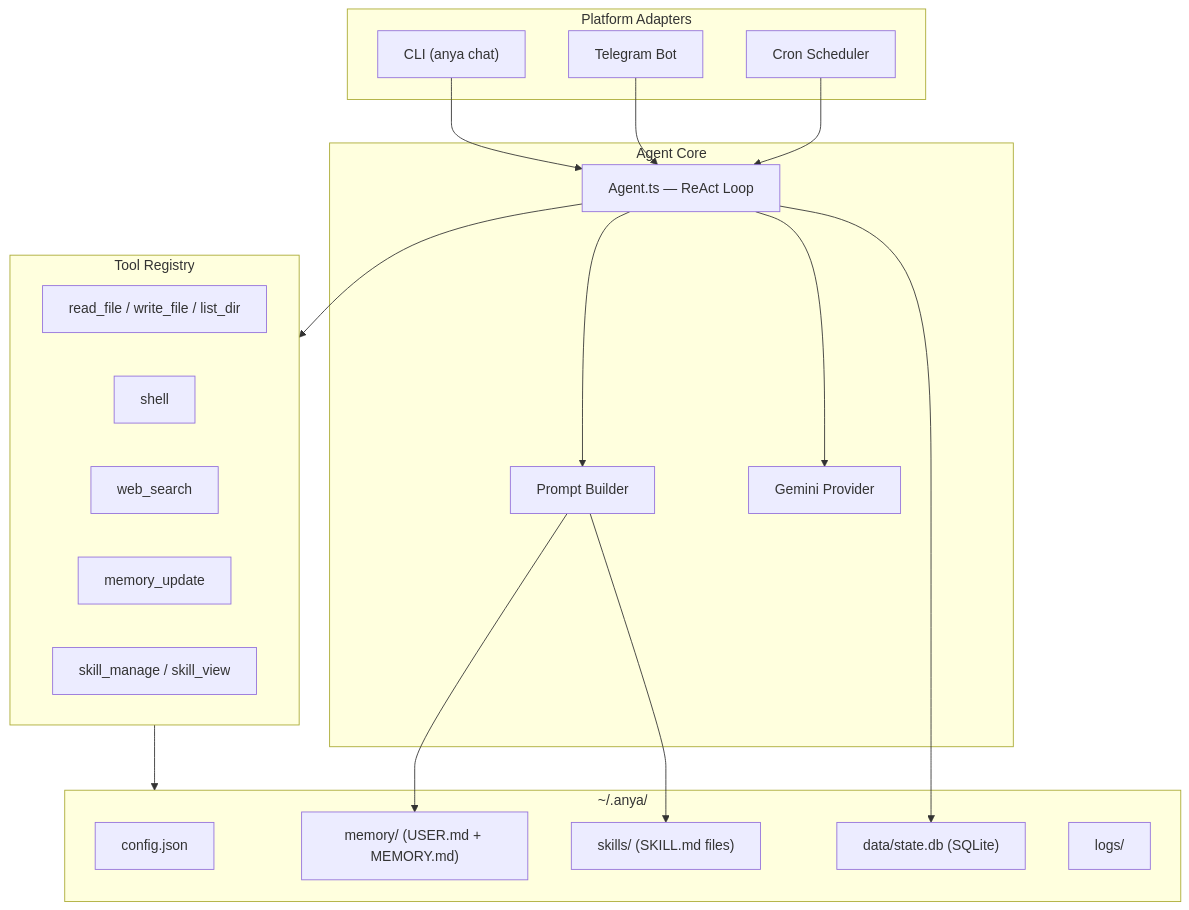
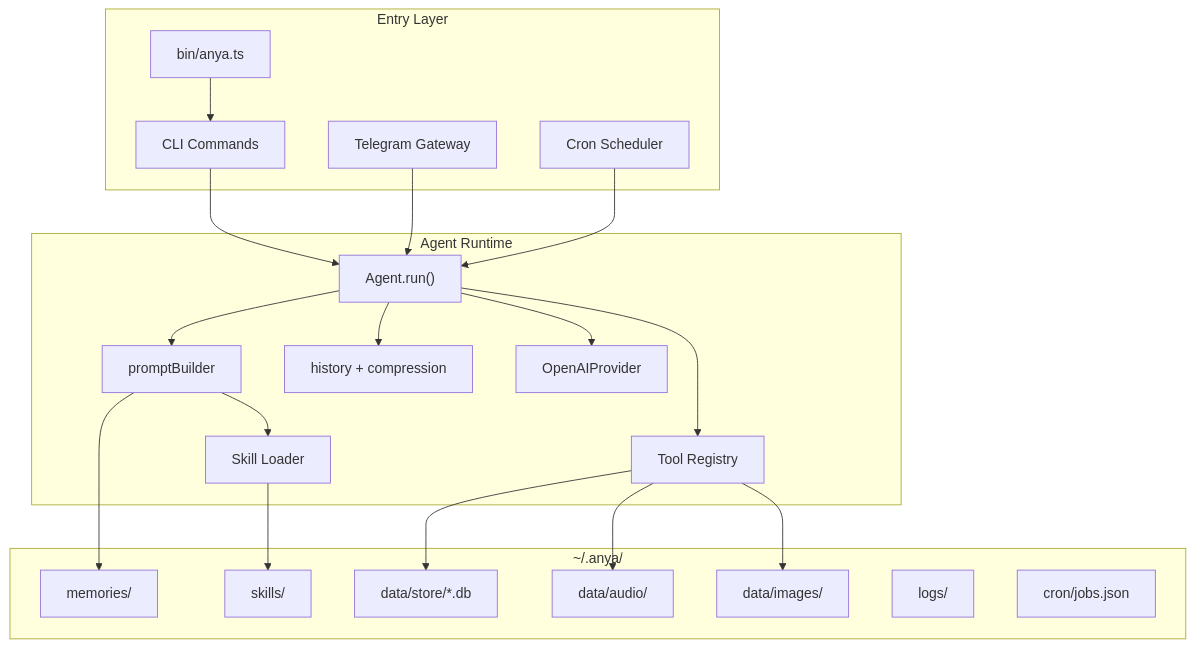
The diagram in README.md (boltguo/anya), drawn with Mermaid before and after one commit. The commit also changed other lines of this file and 72 other files, not shown here.

````diff
--- a/README.md
+++ b/README.md
@@ -20,44 +29,44 @@
 ```mermaid
 graph TB
-  subgraph Adapters["Platform Adapters"]
-    CLI["CLI (anya chat)"]
-    TG["Telegram Bot"]
+  subgraph Entry["Entry Layer"]
+    BIN["bin/anya.ts"]
+    CLI["CLI Commands"]
+    TG["Telegram Gateway"]
     CRON["Cron Scheduler"]
   end
 
-  subgraph Core["Agent Core"]
-    Agent["Agent.ts — ReAct Loop"]
-    Prompt["Prompt Builder"]
-    Provider["Gemini Provider"]
-  end
-
-  subgraph Tools["Tool Registry"]
-    FT["read_file / write_file / list_dir"]
-    SH["shell"]
-    WS["web_search"]
-    MT["memory_update"]
-    SK["skill_manage / skill_view"]
+  subgraph Core["Agent Runtime"]
+    AGENT["Agent.run()"]
+    PROMPT["promptBuilder"]
+    HISTORY["history + compression"]
+    PROVIDER["OpenAIProvider"]
+    TOOLS["Tool Registry"]
+    SKILLS["Skill Loader"]
   end
 
   subgraph Data["~/.anya/"]
-    Config["config.json"]
-    Memory["memory/ (USER.md + MEMORY.md)"]
-    Skills["skills/ (SKILL.md files)"]
-    DB["data/state.db (SQLite)"]
-    Logs["logs/"]
+    MEM["memories/"]
+    SKDIR["skills/"]
+    STORE["data/store/*.db"]
+    AUDIO["data/audio/"]
+    IMG["data/images/"]
+    LOGS["logs/"]
+    CRONJOBS["cron/jobs.json"]
   end
 
-  CLI --> Agent
-  TG --> Agent
-  CRON --> Agent
+  BIN --> CLI
+  CLI --> AGENT
+  TG --> AGENT
+  CRON --> AGENT
 
-  Agent --> Provider
-  Agent --> Tools
-  Agent --> Prompt
-
-  Prompt --> Memory
-  Prompt --> Skills
-
-  Tools --> Data
-  Agent --> DB
+  AGENT --> PROMPT
+  AGENT --> HISTORY
+  AGENT --> PROVIDER
+  AGENT --> TOOLS
+  PROMPT --> MEM
+  PROMPT --> SKILLS
+  SKILLS --> SKDIR
+  TOOLS --> STORE
+  TOOLS --> AUDIO
+  TOOLS --> IMG
 ```
````
